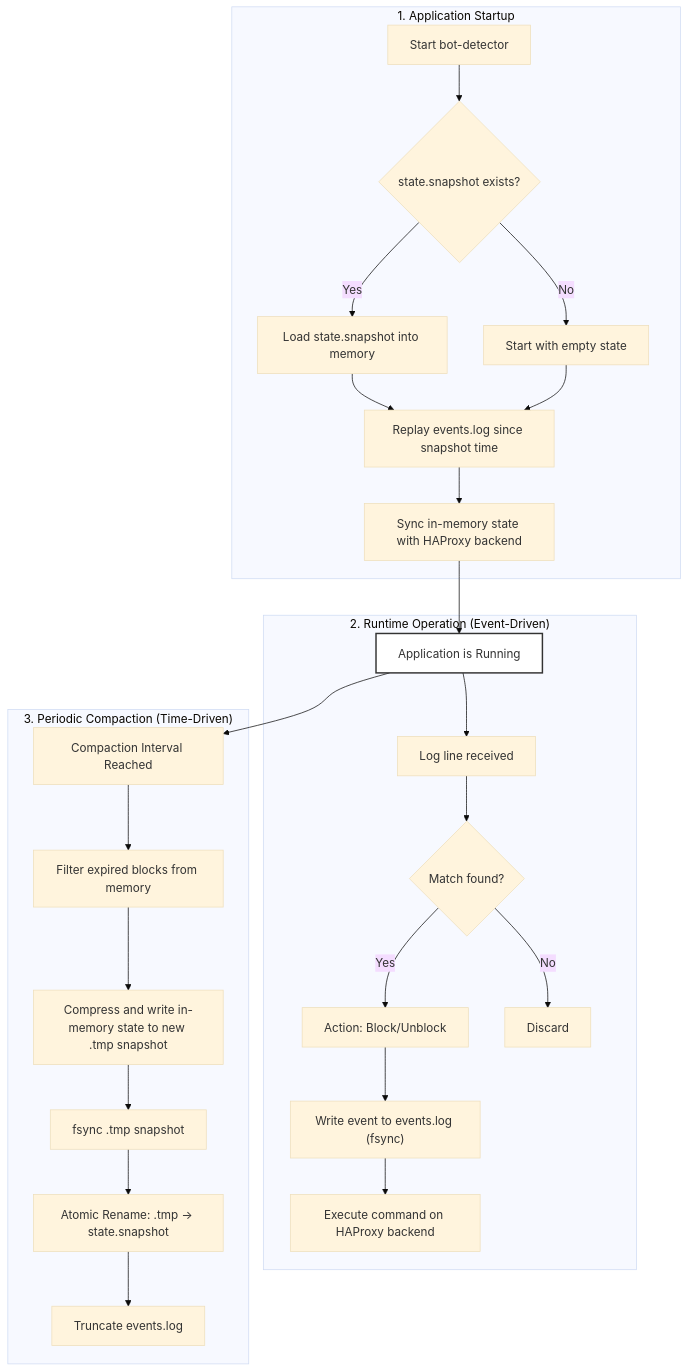
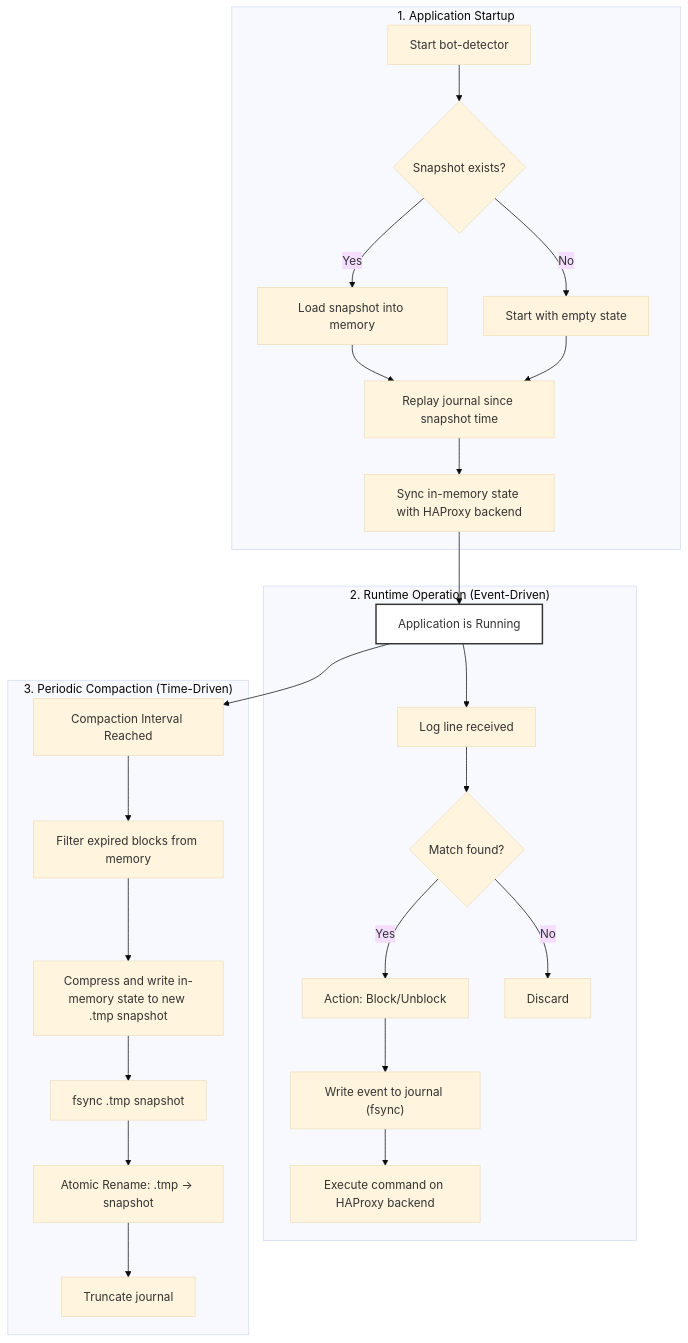
The diagram in docs/Persistence.md (metabrainz/bot-detector), drawn with Mermaid (base theme) before and after one commit. The commit also changed other lines of this file, not shown here.

````diff
--- a/docs/Persistence.md
+++ b/docs/Persistence.md
@@ -58,32 +59,32 @@
 ```mermaid
 graph TD
     subgraph "1. Application Startup"
-        A["Start bot-detector"] --> B{"state.snapshot exists?"}
-        B -- Yes --> C["Load state.snapshot into memory"]
+        A["Start bot-detector"] --> B{"Snapshot exists?"}
+        B -- Yes --> C["Load snapshot into memory"]
         B -- No --> D["Start with empty state"]
-        C --> E["Replay events.log since snapshot time"]
+        C --> E["Replay journal since snapshot time"]
         D --> E
         E --> F["Sync in-memory state with HAProxy backend"]
     end
 
     F --> MainLoop["Application is Running"]
     style MainLoop fill:#fff,stroke:#333,stroke-width:2px
 
     subgraph "2. Runtime Operation (Event-Driven)"
         MainLoop --> G["Log line received"]
         G --> H{"Match found?"}
         H -- Yes --> I["Action: Block/Unblock"]
-        I --> J["Write event to events.log (fsync)"]
+        I --> J["Write event to journal (fsync)"]
         J --> K["Execute command on HAProxy backend"]
         H -- No --> L["Discard"]
     end
 
     subgraph "3. Periodic Compaction (Time-Driven)"
         MainLoop --> M["Compaction Interval Reached"]
         M --> N["Filter expired blocks from memory"]
         N --> O["Compress and write in-memory state to new .tmp snapshot"]
         O --> P["fsync .tmp snapshot"]
-        P --> Q["Atomic Rename: .tmp -> state.snapshot"]
-        Q --> R["Truncate events.log"]
+        P --> Q["Atomic Rename: .tmp -> snapshot"]
+        Q --> R["Truncate journal"]
     end
 ```
````
